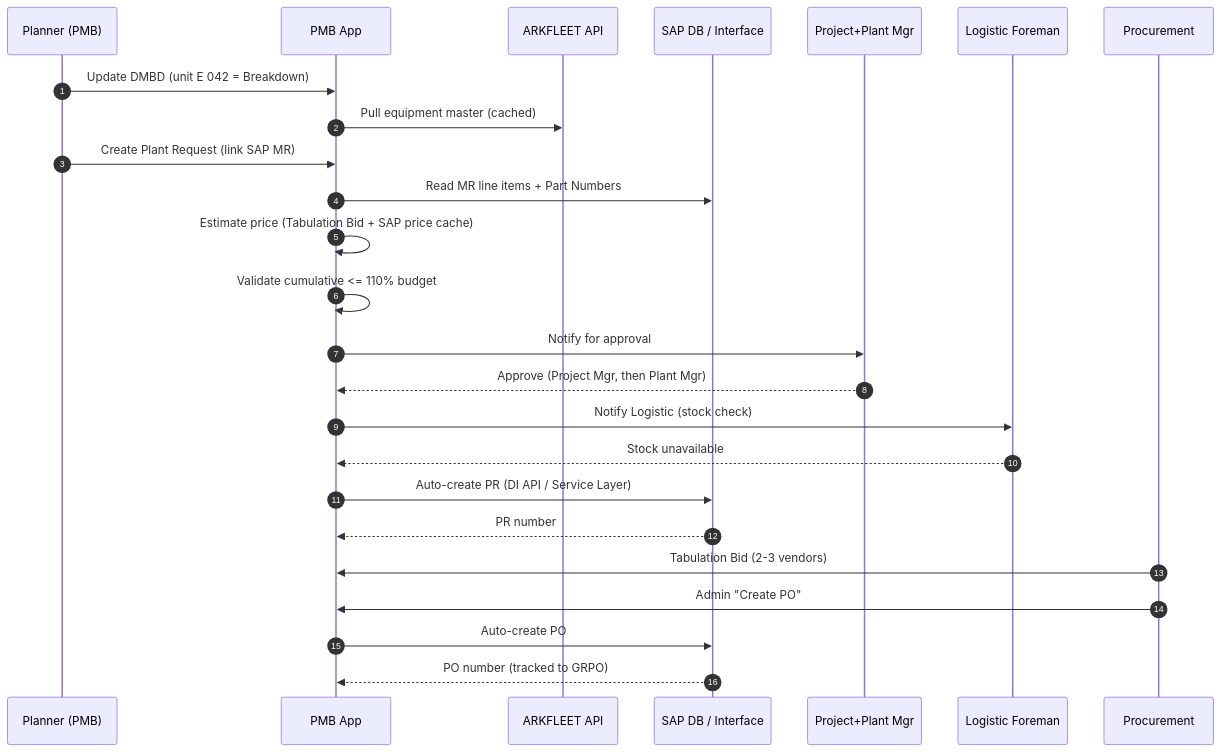
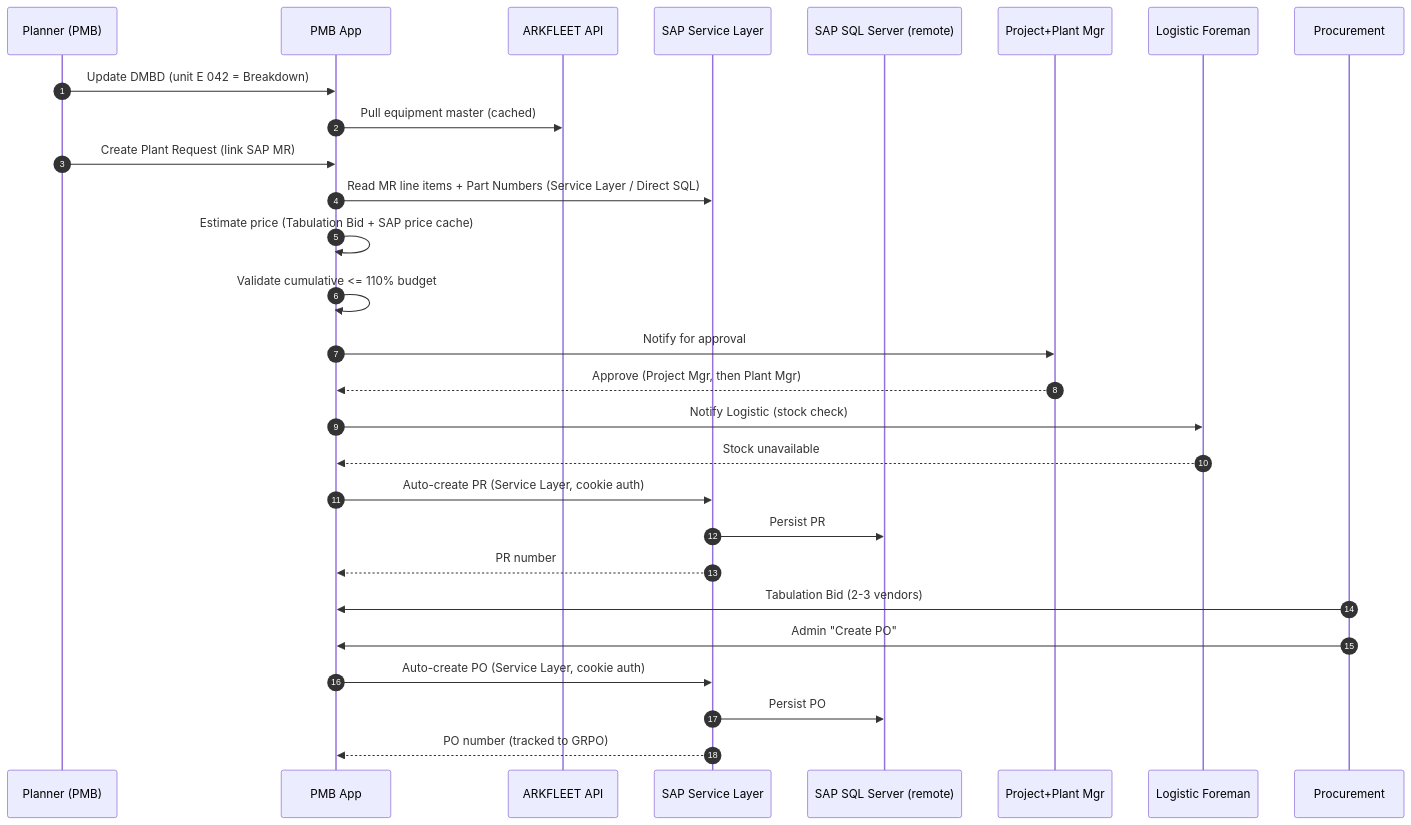
The second of 9 diagrams in docs/concept.md (rachmanj/plant-budget-tracker), drawn with Mermaid before and after one commit. The commit also changed other lines of this file and 2 other files, not shown here.

First line of the commit message:
docs: update SAP integration spec with confirmed SQL Server + Service Layer details

````diff
--- a/docs/concept.md
+++ b/docs/concept.md
@@ -159,28 +161,31 @@
 ```mermaid
 sequenceDiagram
     autonumber
     participant PL as Planner (PMB)
     participant PMB as PMB App
     participant ARK as ARKFLEET API
-    participant SAP as SAP DB / Interface
+    participant SAP as SAP Service Layer
+    participant SQL as SAP SQL Server (remote)
     participant PM as Project+Plant Mgr
     participant LOG as Logistic Foreman
     participant PROC as Procurement
 
     PL->>PMB: Update DMBD (unit E 042 = Breakdown)
     PMB->>ARK: Pull equipment master (cached)
     PL->>PMB: Create Plant Request (link SAP MR)
-    PMB->>SAP: Read MR line items + Part Numbers
+    PMB->>SAP: Read MR line items + Part Numbers (Service Layer / Direct SQL)
     PMB->>PMB: Estimate price (Tabulation Bid + SAP price cache)
     PMB->>PMB: Validate cumulative <= 110% budget
     PMB->>PM: Notify for approval
     PM-->>PMB: Approve (Project Mgr, then Plant Mgr)
     PMB->>LOG: Notify Logistic (stock check)
     LOG-->>PMB: Stock unavailable
-    PMB->>SAP: Auto-create PR (DI API / Service Layer)
+    PMB->>SAP: Auto-create PR (Service Layer, cookie auth)
+    SAP->>SQL: Persist PR
     SAP-->>PMB: PR number
     PROC->>PMB: Tabulation Bid (2-3 vendors)
     PROC->>PMB: Admin "Create PO"
-    PMB->>SAP: Auto-create PO
+    PMB->>SAP: Auto-create PO (Service Layer, cookie auth)
+    SAP->>SQL: Persist PO
     SAP-->>PMB: PO number (tracked to GRPO)
 ```
````
